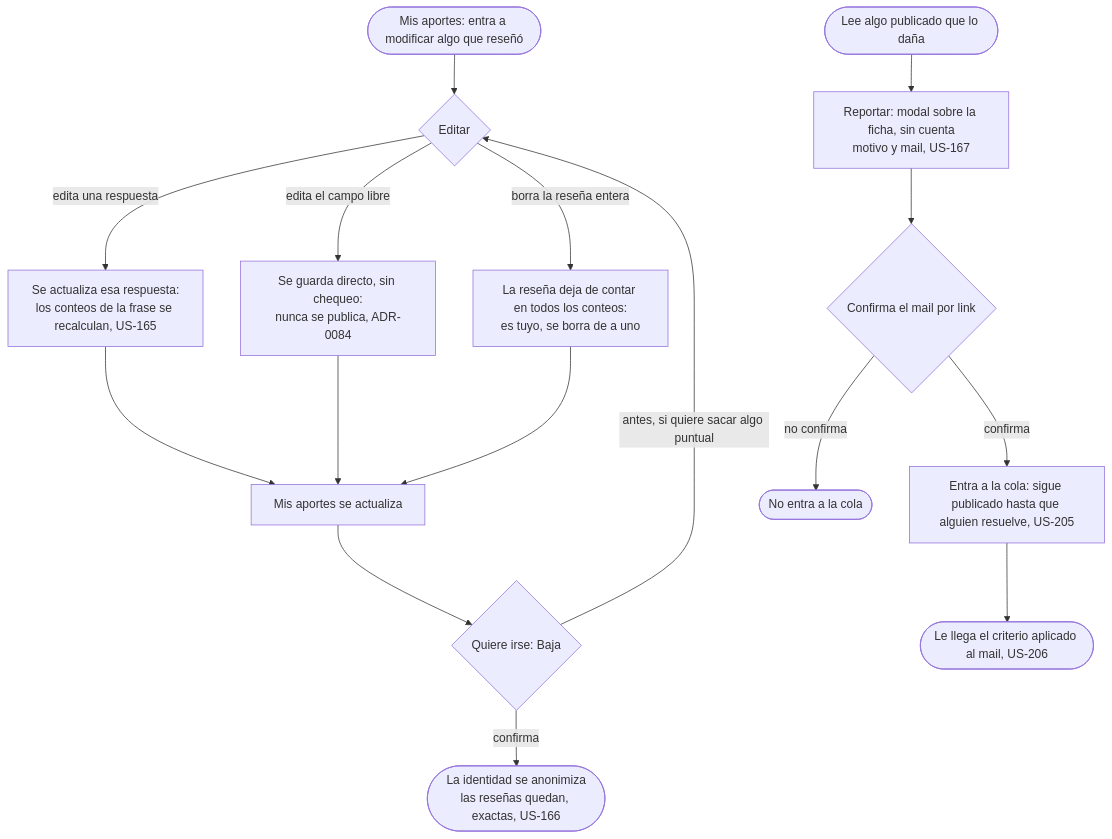
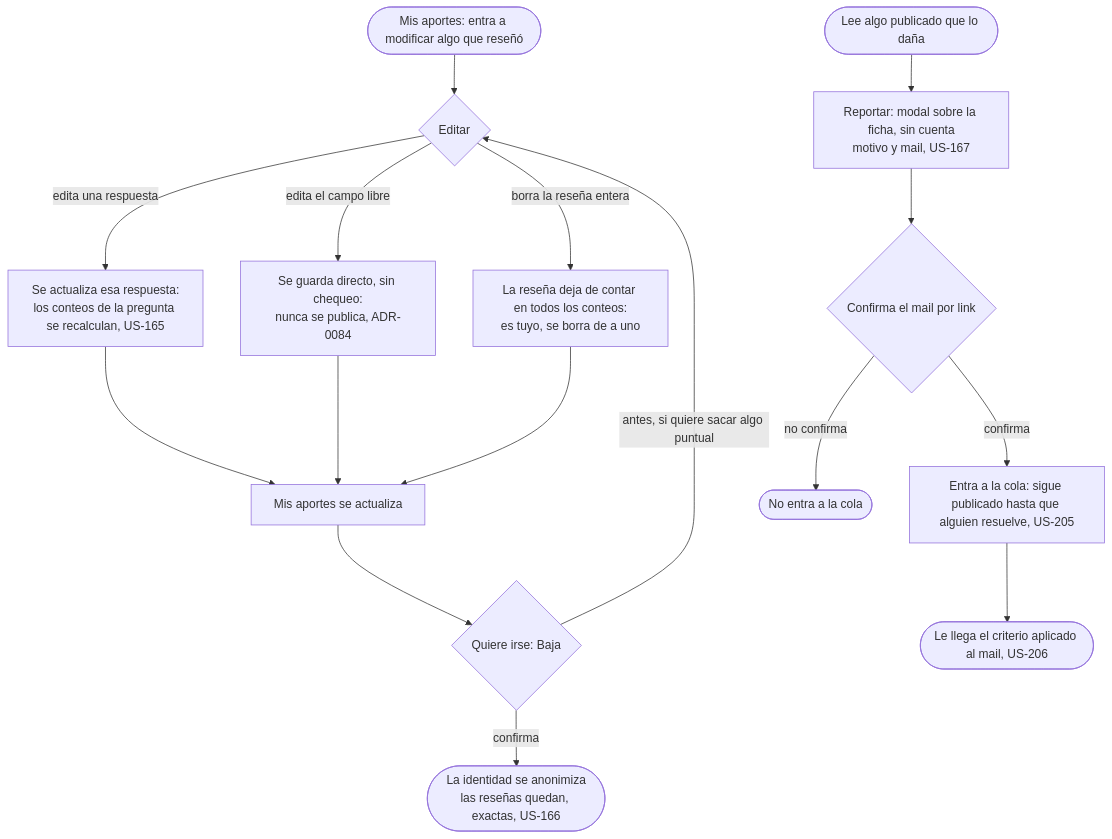
The diagram in docs/product/student/undo/flow.md (lucasidev/plan-b), drawn with Mermaid before and after one commit. The commit also changed other lines of this file and 136 other files, not shown here.

````diff
--- a/docs/product/student/undo/flow.md
+++ b/docs/product/student/undo/flow.md
@@ -5,19 +5,19 @@
 ```mermaid
 flowchart TD
   A([Mis aportes: entra a modificar algo que reseñó]) --> B{Editar}
-  B -->|edita una respuesta| B1[Se actualiza esa respuesta:<br/>los conteos de la frase se recalculan, US-165]
+  B -->|edita una respuesta| B1[Se actualiza esa respuesta:<br/>los conteos de la pregunta se recalculan, US-165]
   B -->|edita el campo libre| B1b[Se guarda directo, sin chequeo:<br/>nunca se publica, ADR-0084]
   B -->|borra la reseña entera| B2[La reseña deja de contar en todos los conteos:<br/>es tuyo, se borra de a uno]
   B1 --> C[Mis aportes se actualiza]
   B1b --> C
   B2 --> C
   C --> D{Quiere irse: Baja}
   D -->|antes, si quiere sacar algo puntual| B
   D -->|confirma| E([La identidad se anonimiza<br/>las reseñas quedan, exactas, US-166])
 
   F([Lee algo publicado que lo daña]) --> G[Reportar: modal sobre la ficha, sin cuenta<br/>motivo y mail, US-167]
   G --> H{Confirma el mail por link}
   H -->|no confirma| H1([No entra a la cola])
   H -->|confirma| I[Entra a la cola: sigue publicado hasta que alguien resuelve, US-205]
   I --> J([Le llega el criterio aplicado al mail, US-206])
 ```
````
